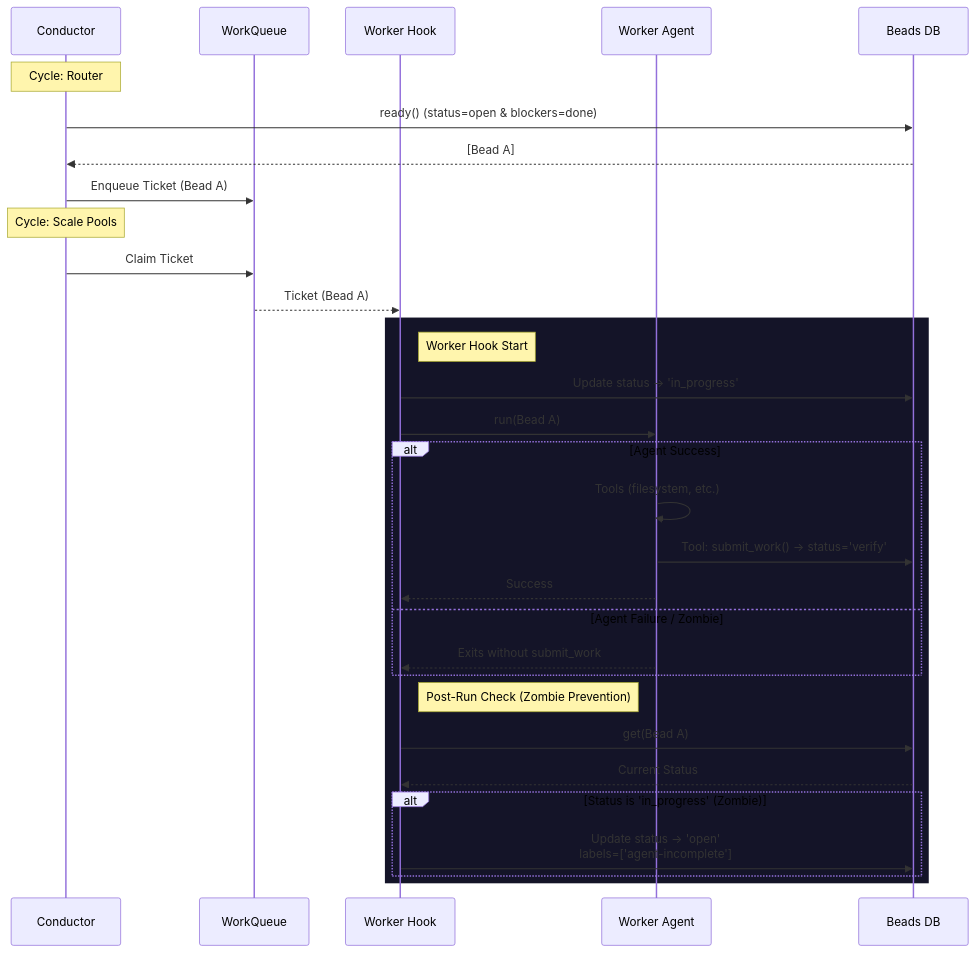
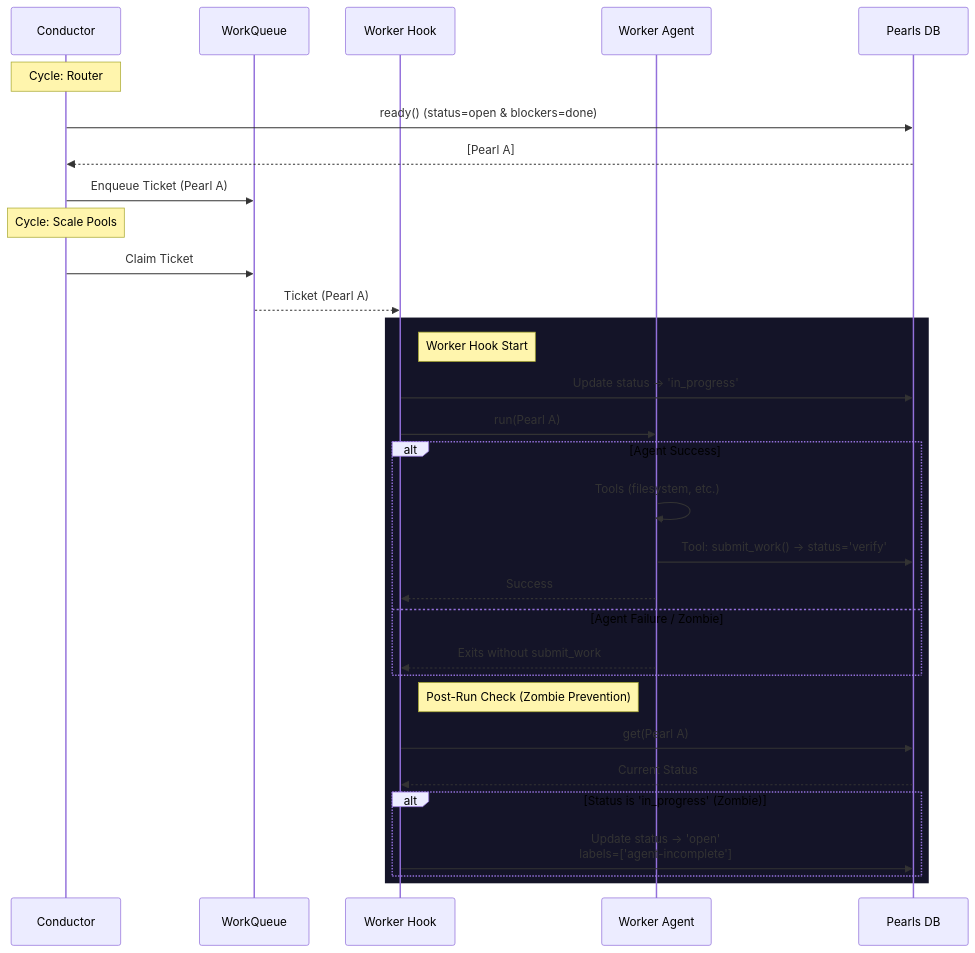
Before and after one commit to mrorigo/the-citadel: the second of 3 diagrams in docs/CITADEL-FSM.md, drawn with Mermaid. The commit also changed other lines of this file and 70 other files, not shown here.

````diff
--- a/docs/CITADEL-FSM.md
+++ b/docs/CITADEL-FSM.md
@@ -46,40 +46,40 @@
 ```mermaid
 sequenceDiagram
     participant C as Conductor
     participant Q as WorkQueue
     participant W as Worker Hook
     participant A as Worker Agent
-    participant B as Beads DB
+    participant B as Pearls DB
 
     Note over C: Cycle: Router
     C->>B: ready() (status=open & blockers=done)
-    B-->>C: [Bead A]
-    C->>Q: Enqueue Ticket (Bead A)
+    B-->>C: [Pearl A]
+    C->>Q: Enqueue Ticket (Pearl A)
 
     Note over C: Cycle: Scale Pools
     C->>Q: Claim Ticket
-    Q-->>W: Ticket (Bead A)
+    Q-->>W: Ticket (Pearl A)
     
     rect rgb(20, 20, 40)
         Note right of W: Worker Hook Start
         W->>B: Update status -> 'in_progress'
         
-        W->>A: run(Bead A)
+        W->>A: run(Pearl A)
         
         alt Agent Success
             A->>A: Tools (filesystem, etc.)
             A->>B: Tool: submit_work() -> status='verify'
             A-->>W: Success
         else Agent Failure / Zombie
             A-->>W: Exits without submit_work
         end
         
         Note right of W: Post-Run Check (Zombie Prevention)
-        W->>B: get(Bead A)
+        W->>B: get(Pearl A)
         B-->>W: Current Status
         
         alt Status is 'in_progress' (Zombie)
             W->>B: Update status -> 'open' <br/> labels=['agent-incomplete']
         end
     end
 ```
````
